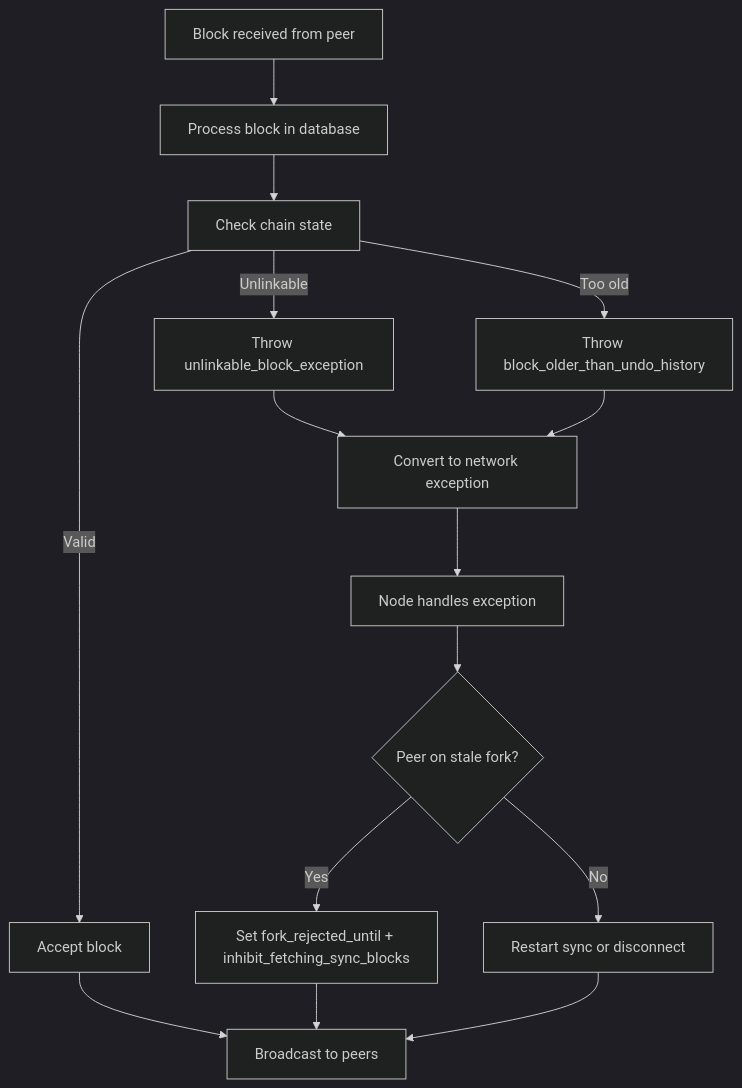
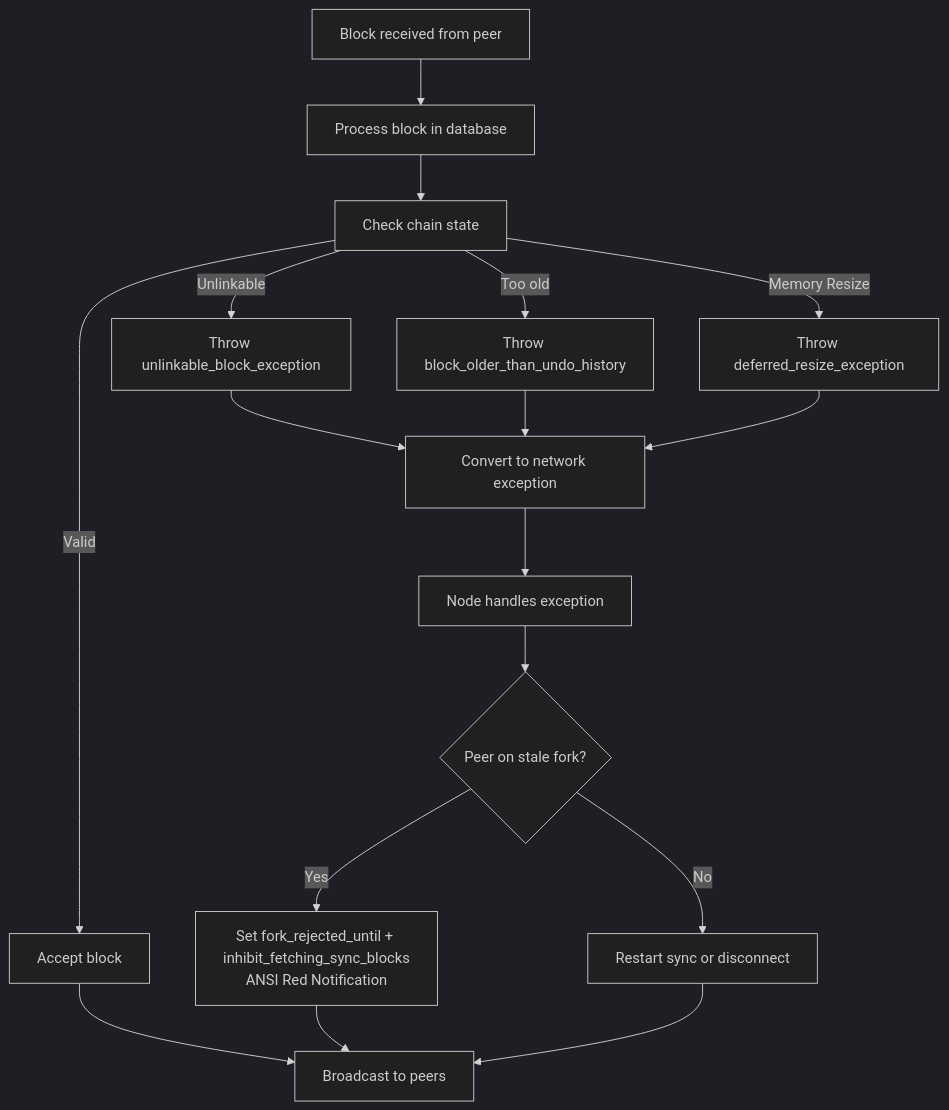
Before and after one commit to VIZ-Blockchain/viz-cpp-node: the ninth of 11 diagrams in .qoder/repowiki/en/content/Architecture Overview/Core Libraries/Network Library/Peer Connection Management.md, drawn with Mermaid (dark theme). The commit also changed other lines of this file and 3 other files, not shown here.

````diff
--- a/.qoder/repowiki/en/content/Architecture Overview/Core Libraries/Network Library/Peer Connection Management.md
+++ b/.qoder/repowiki/en/content/Architecture Overview/Core Libraries/Network Library/Peer Connection Management.md
@@ -453,17 +459,19 @@
 ```mermaid
 flowchart TD
 BlockIn["Block received from peer"] --> ProcessBlock["Process block in database"]
 ProcessBlock --> CheckChain["Check chain state"]
 CheckChain --> |Valid| AcceptBlock["Accept block"]
 CheckChain --> |Unlinkable| ThrowException["Throw unlinkable_block_exception"]
 CheckChain --> |Too old| ThrowOld["Throw block_older_than_undo_history"]
+CheckChain --> |Memory Resize| ThrowResize["Throw deferred_resize_exception"]
 ThrowException --> ConvertNet["Convert to network exception"]
 ThrowOld --> ConvertNet
+ThrowResize --> ConvertNet
 ConvertNet --> NodeHandle["Node handles exception"]
 NodeHandle --> SoftBan{"Peer on stale fork?"}
-SoftBan --> |Yes| SetBan["Set fork_rejected_until + inhibit_fetching_sync_blocks"]
+SoftBan --> |Yes| SetBan["Set fork_rejected_until + inhibit_fetching_sync_blocks<br/>ANSI Red Notification"]
 SoftBan --> |No| Resync["Restart sync or disconnect"]
 AcceptBlock --> Broadcast["Broadcast to peers"]
 SetBan --> Broadcast
 Resync --> Broadcast
 ```
````
